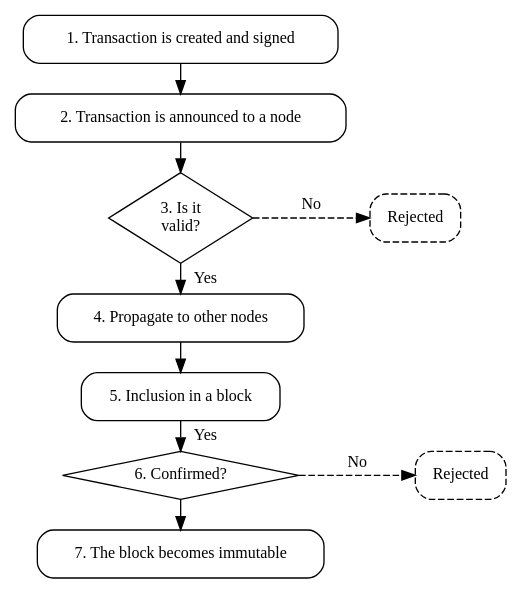
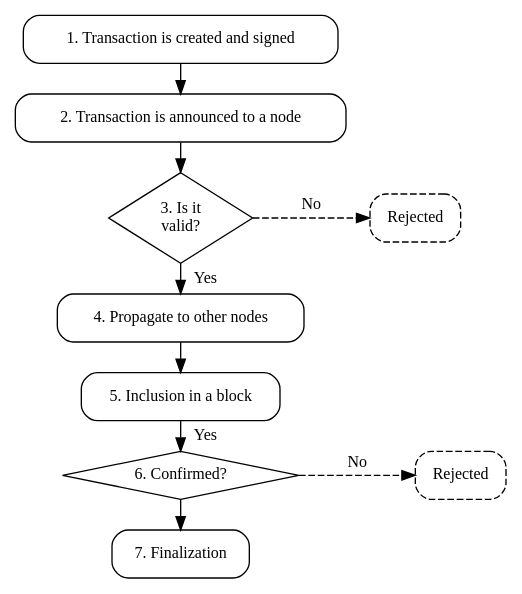
One commit to symbol/symbol changed the third of 3 diagrams in mkdocs/pages/en/textbook/transactions.md. Above: the diagram before and after it, drawn with Graphviz. The commit also changed other lines of this file and 2 other files, not shown here.

````diff
--- a/mkdocs/pages/en/textbook/transactions.md
+++ b/mkdocs/pages/en/textbook/transactions.md
@@ -156,38 +156,38 @@
 ```dot
 digraph "Transaction Lifecycle" {
     node [shape=box, style=rounded, fontsize=12];
     edge [fontsize=12];
     nodesep=0.3;
     ranksep=0.3;
 
     // Main vertical flow
     Creation     [label="1. Transaction is created and signed", URL="#1-creation-and-signature"];
     Announcement [label="2. Transaction is announced to a node", URL="#2-announcement"];
     Validation   [label="3. Is it
 valid?", shape=diamond, style="", URL="#3-validation"];
     Propagation  [label="4. Propagate to other nodes", URL="#4-propagation"];
     Harvesting   [label="5. Inclusion in a block", URL="#5-harvesting"];
     Confirmation [label="6. Confirmed?", shape=diamond, style="", URL="#6-confirmation"];
-    Finalization [label="7. The block becomes immutable", URL="#7-finalization"];
+    Finalization [label="7. Finalization", URL="#7-finalization"];
 
     // Rejection branches
     Rejection1   [label="Rejected" style="rounded,dashed"];
     Rejection2   [label="Rejected" style="rounded,dashed"];
 
     // Main flow edges
     Creation ->     Announcement;
     Announcement -> Validation;
     Validation ->   Propagation [label="   Yes", labelfloat=true];
     Propagation ->  Harvesting;
     Harvesting ->   Confirmation [label="   Yes", labelfloat=true];
     Confirmation -> Finalization;
 
     // Rejection branches to the right
     Validation ->   Rejection1 [label=No, style=dashed, minlen=2];
     Confirmation ->   Rejection2 [label=No, style=dashed, minlen=2];
 
     // Position rejection nodes on the same rank as their source
     { rank = same; Validation; Rejection1 }
     { rank = same; Confirmation; Rejection2 }
 }
 ```
````
